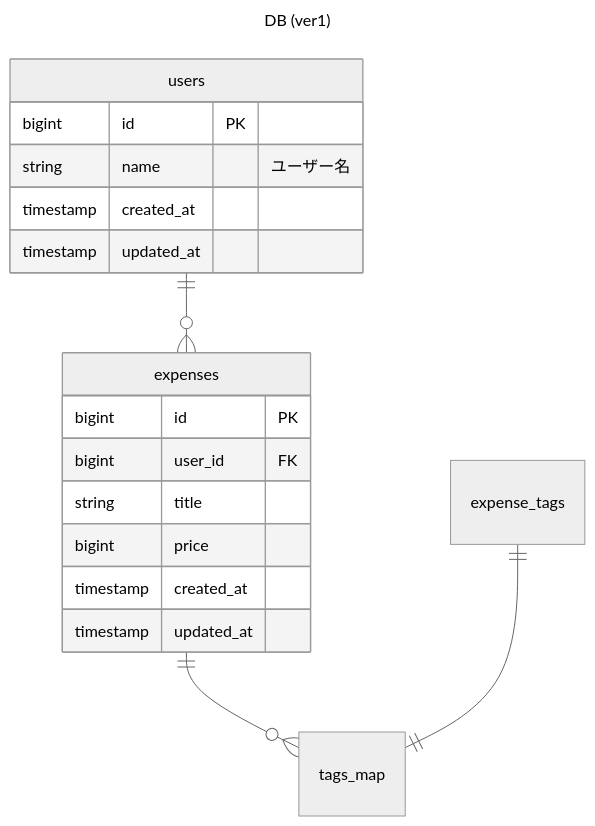
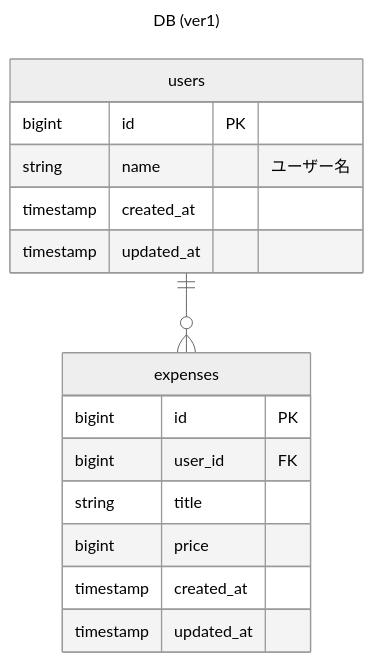
One commit to tf63/go-api changed the first of 2 diagrams in docs/db.md. Above: the diagram before and after it, drawn with Mermaid (neutral theme). The commit also changed 11 other files, not shown here.

````diff
--- a/docs/db.md
+++ b/docs/db.md
@@ -3,25 +3,22 @@
 ```mermaid
 ---
 title: DB (ver1)
 ---
 erDiagram
     users ||--o{ expenses: ""
-    expenses ||--o{ tags_map: ""
-    expense_tags ||--|| tags_map: ""
     users {
         bigint id PK
         string name "ユーザー名"
         timestamp created_at
         timestamp updated_at
     }
 
     expenses {
         bigint id PK
         bigint user_id FK
         string title
         bigint price
         timestamp created_at
         timestamp updated_at
     }
-
 ```
````
